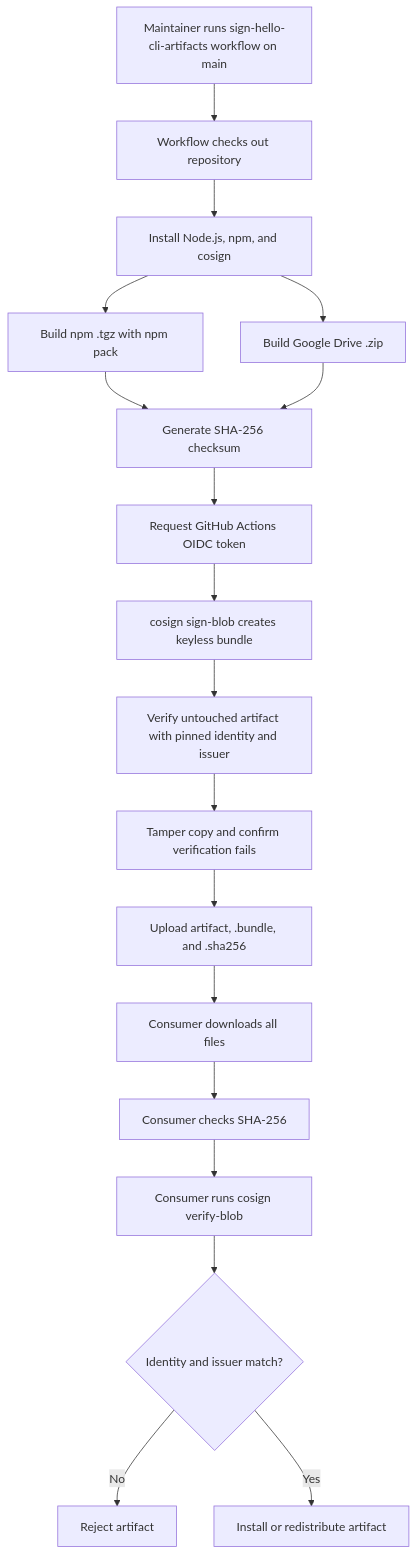
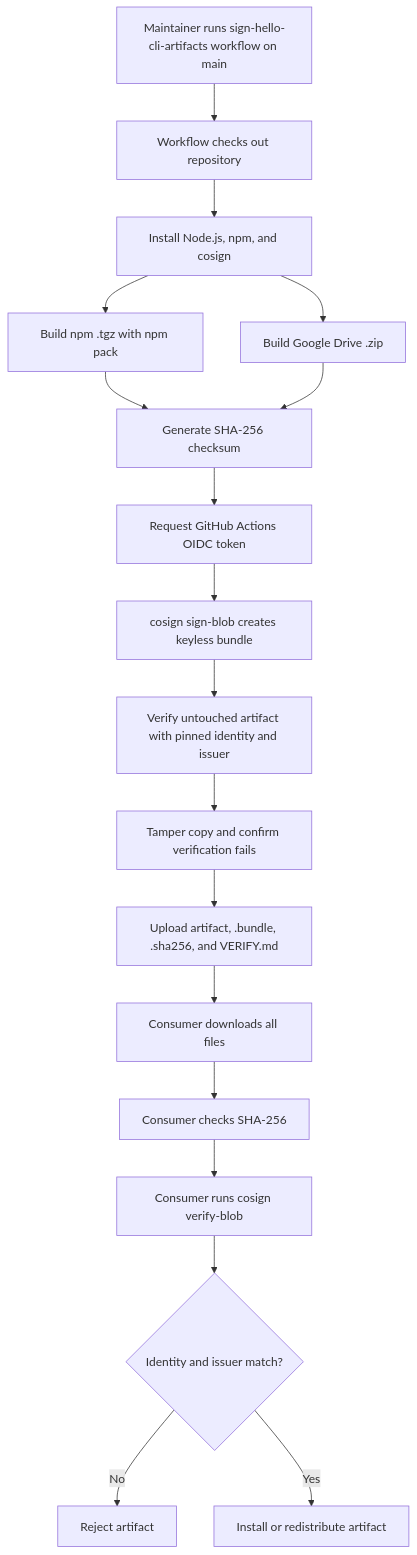
One commit to codenote-net/cli-distribution-recipes changed the diagram in recipes/sigstore-cosign/README.md. Above: the diagram before and after it, drawn with Mermaid. The commit also changed 3 other files, not shown here.

````diff
--- a/recipes/sigstore-cosign/README.md
+++ b/recipes/sigstore-cosign/README.md
@@ -60,20 +60,20 @@
 ```mermaid
 flowchart TD
   A["Maintainer runs sign-hello-cli-artifacts workflow on main"] --> B["Workflow checks out repository"]
   B --> C["Install Node.js, npm, and cosign"]
   C --> D["Build npm .tgz with npm pack"]
   C --> E["Build Google Drive .zip"]
   D --> F["Generate SHA-256 checksum"]
   E --> F
   F --> G["Request GitHub Actions OIDC token"]
   G --> H["cosign sign-blob creates keyless bundle"]
   H --> I["Verify untouched artifact with pinned identity and issuer"]
   I --> J["Tamper copy and confirm verification fails"]
-  J --> K["Upload artifact, .bundle, and .sha256"]
+  J --> K["Upload artifact, .bundle, .sha256, and VERIFY.md"]
   K --> L["Consumer downloads all files"]
   L --> M["Consumer checks SHA-256"]
   M --> N["Consumer runs cosign verify-blob"]
   N --> O{"Identity and issuer match?"}
   O -- "No" --> P["Reject artifact"]
   O -- "Yes" --> Q["Install or redistribute artifact"]
 ```
````
